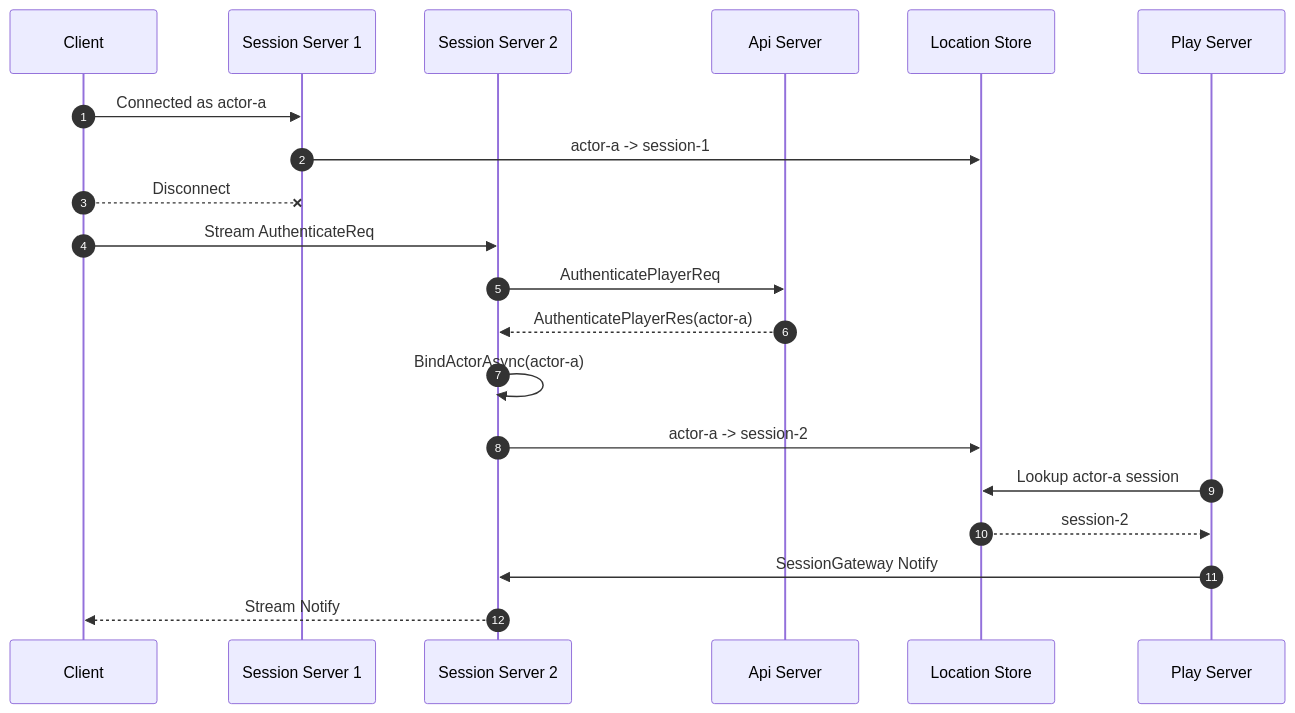
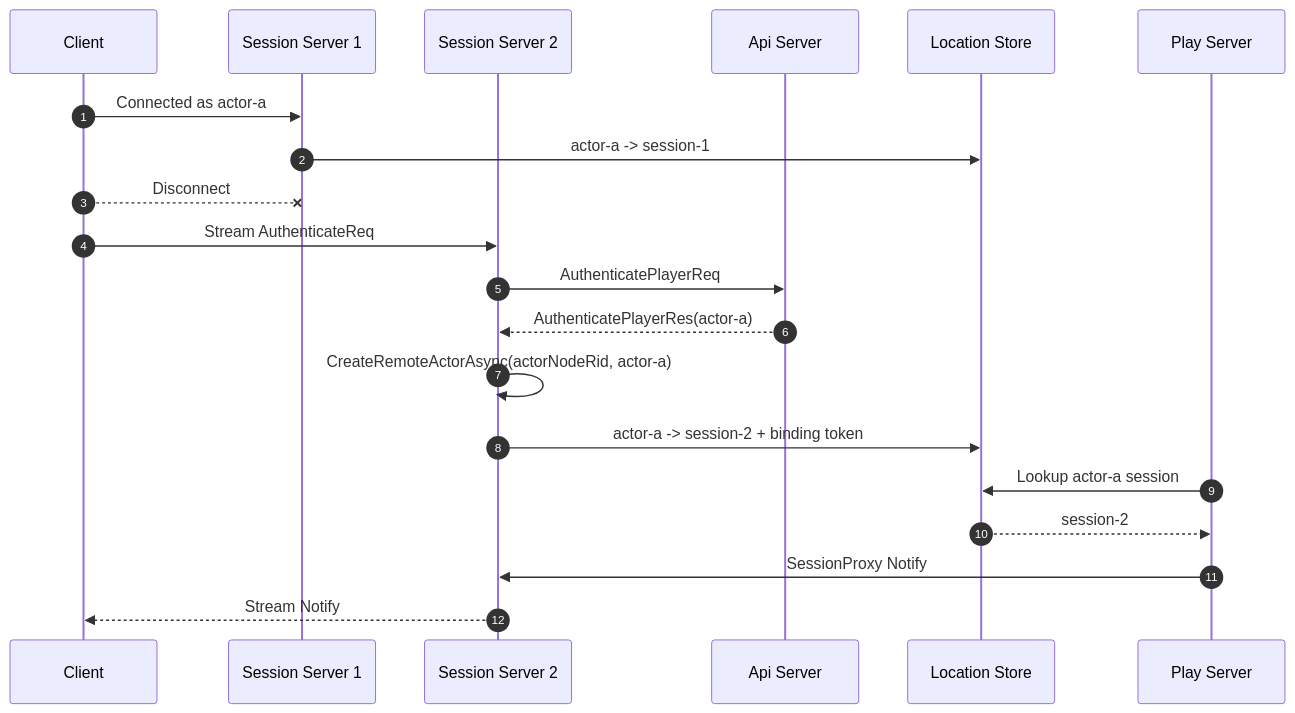
One commit to kairos-code-dev/zlink changed the sixth of 7 diagrams in framework/doc/spec/sample/tictactoe/session-gateway.ko.md. Above: the diagram before and after it, drawn with Mermaid. The commit also changed other lines of this file and 41 other files, not shown here.

````diff
--- a/framework/doc/spec/sample/tictactoe/session-gateway.ko.md
+++ b/framework/doc/spec/sample/tictactoe/session-gateway.ko.md
@@ -321,23 +322,23 @@
 ```mermaid
 sequenceDiagram
     autonumber
     participant C as Client
     participant S1 as Session Server 1
     participant S2 as Session Server 2
     participant API as Api Server
     participant STORE as Location Store
     participant P as Play Server
 
     C->>S1: Connected as actor-a
     S1->>STORE: actor-a -> session-1
     C--xS1: Disconnect
     C->>S2: Stream AuthenticateReq
     S2->>API: AuthenticatePlayerReq
     API-->>S2: AuthenticatePlayerRes(actor-a)
-    S2->>S2: BindActorAsync(actor-a)
-    S2->>STORE: actor-a -> session-2
+    S2->>S2: CreateRemoteActorAsync(actorNodeRid, actor-a)
+    S2->>STORE: actor-a -> session-2 + binding token
     P->>STORE: Lookup actor-a session
     STORE-->>P: session-2
-    P->>S2: SessionGateway Notify
+    P->>S2: SessionProxy Notify
     S2-->>C: Stream Notify
 ```
````
